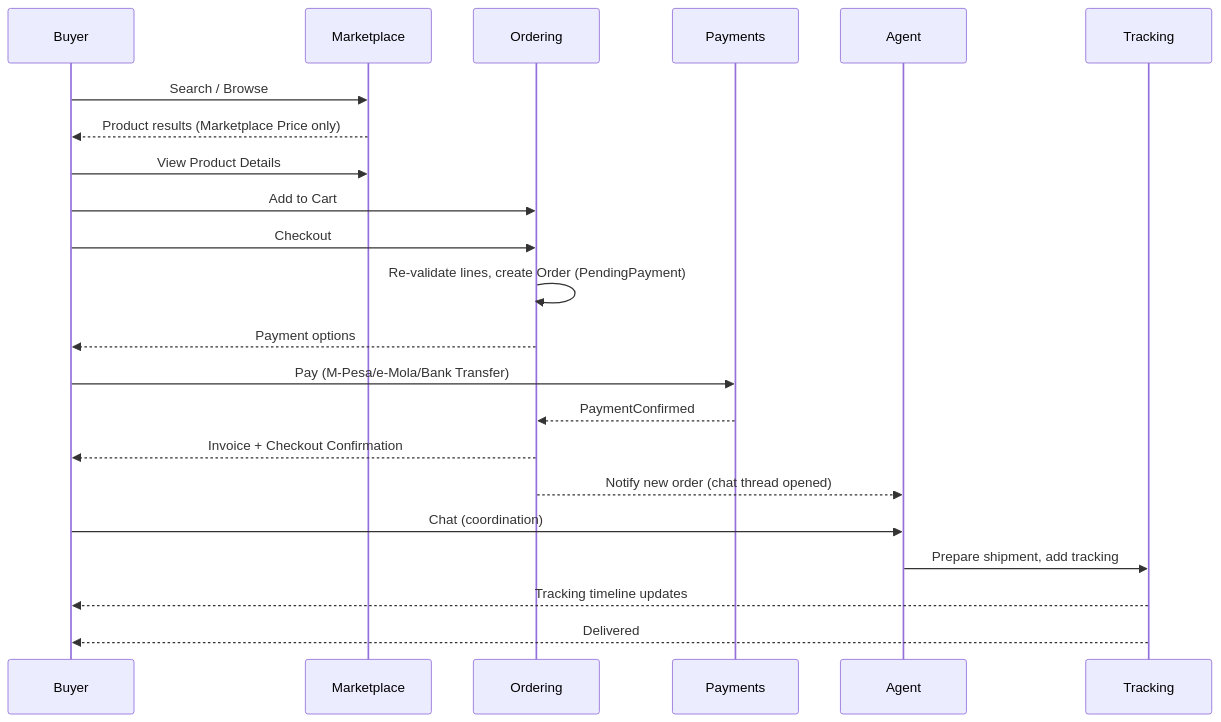
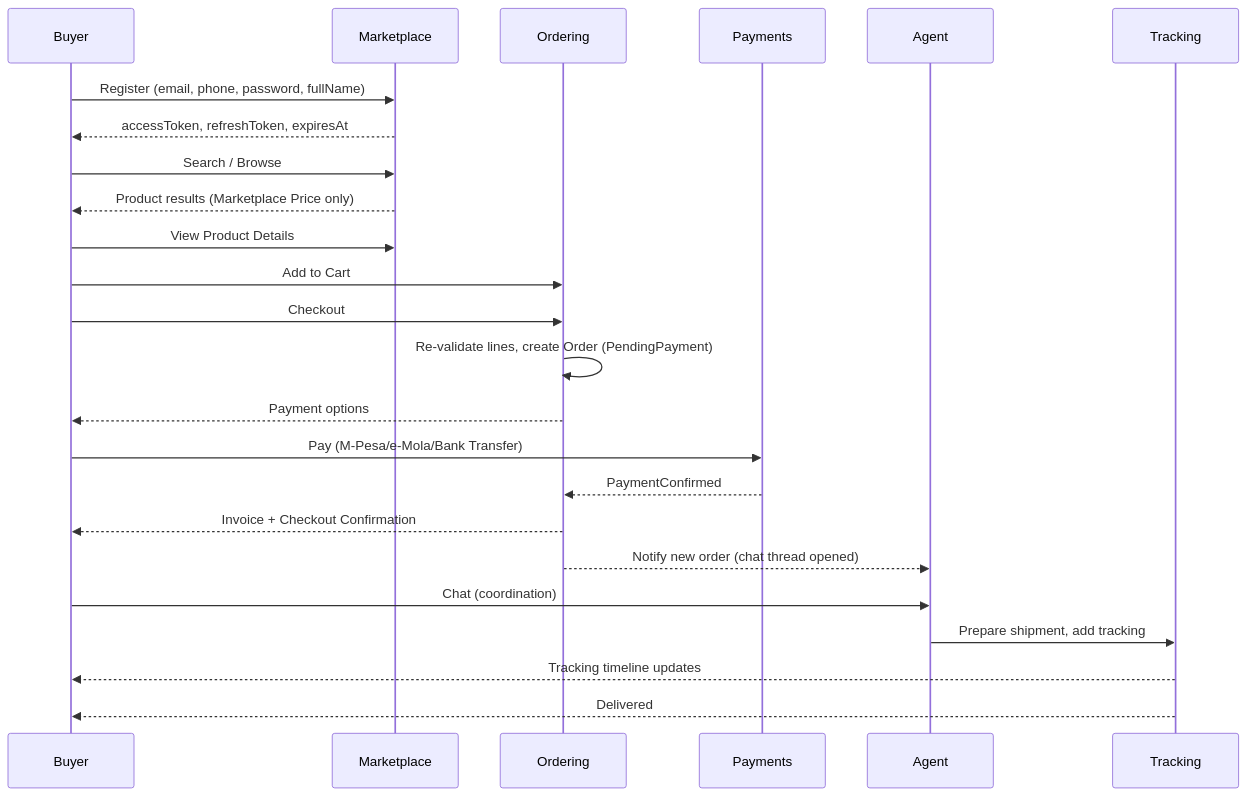
Before and after one commit to theycallmeSeed/RosairPlataform: the diagram in docs/user-flows.md, drawn with Mermaid. The commit also changed other lines of this file and 4 other files, not shown here.

````diff
--- a/docs/user-flows.md
+++ b/docs/user-flows.md
@@ -29,25 +32,27 @@
 ```mermaid
 sequenceDiagram
     participant B as Buyer
     participant MP as Marketplace
     participant O as Ordering
     participant P as Payments
     participant A as Agent
     participant T as Tracking
 
+    B->>MP: Register (email, phone, password, fullName)
+    MP-->>B: accessToken, refreshToken, expiresAt
     B->>MP: Search / Browse
     MP-->>B: Product results (Marketplace Price only)
     B->>MP: View Product Details
     B->>O: Add to Cart
     B->>O: Checkout
     O->>O: Re-validate lines, create Order (PendingPayment)
     O-->>B: Payment options
     B->>P: Pay (M-Pesa/e-Mola/Bank Transfer)
     P-->>O: PaymentConfirmed
     O-->>B: Invoice + Checkout Confirmation
     O-->>A: Notify new order (chat thread opened)
     B->>A: Chat (coordination)
     A->>T: Prepare shipment, add tracking
     T-->>B: Tracking timeline updates
     T-->>B: Delivered
 ```
````
